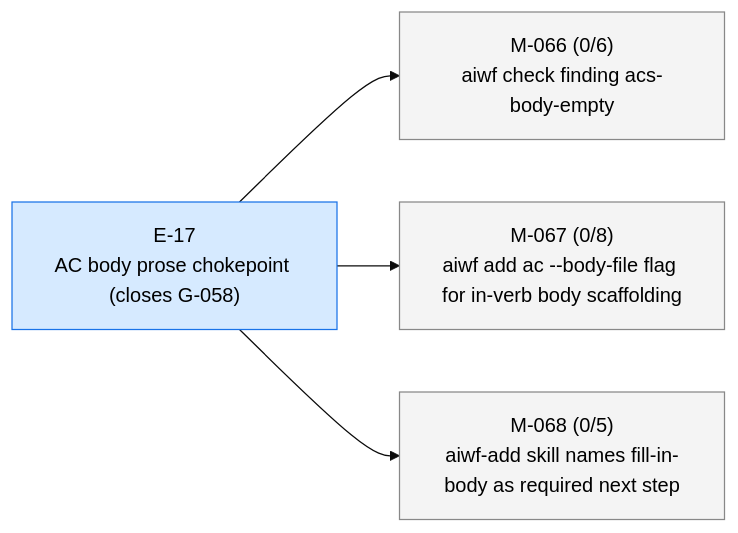
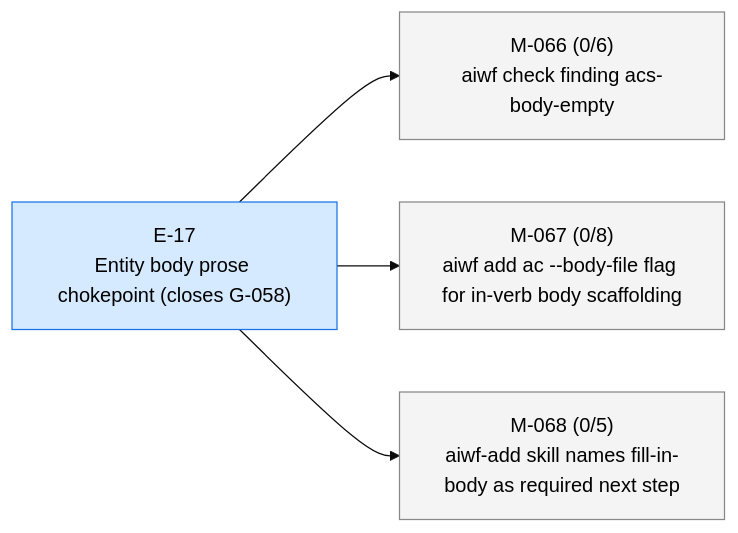
One commit to 23min/aiwf changed the first of 3 diagrams in STATUS.md. Above: the diagram before and after it, drawn with Mermaid (base theme). The commit also changed other lines of this file and 1 other file, not shown here.

````diff
--- a/STATUS.md
+++ b/STATUS.md
@@ -13,16 +13,16 @@
 ```mermaid
 flowchart LR
-  E_17["E-17<br/>AC body prose chokepoint (closes G-058)"]:::epic_active
+  E_17["E-17<br/>Entity body prose chokepoint (closes G-058)"]:::epic_active
   M_066["M-066 (0/6)<br/>aiwf check finding acs-body-empty"]:::ms_draft
   E_17 --> M_066
   M_067["M-067 (0/8)<br/>aiwf add ac --body-file flag for in-verb body scaffolding"]:::ms_draft
   E_17 --> M_067
   M_068["M-068 (0/5)<br/>aiwf-add skill names fill-in-body as required next step"]:::ms_draft
   E_17 --> M_068
   classDef epic_active fill:#d6eaff,stroke:#1a73e8,color:#000
   classDef epic_proposed fill:#f4f4f4,stroke:#888,color:#000
   classDef ms_done fill:#d8f5d8,stroke:#2a8a2a,color:#000
   classDef ms_in_progress fill:#fff3c4,stroke:#caa400,color:#000
   classDef ms_draft fill:#f4f4f4,stroke:#888,color:#000
   classDef ms_cancelled fill:#fbeaea,stroke:#c33,color:#000
 ```
````
